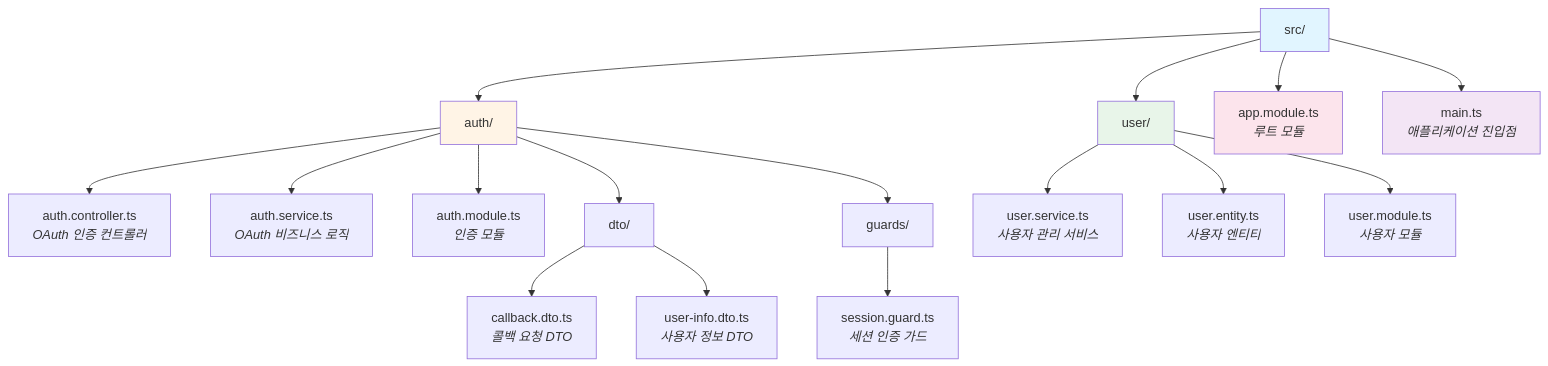
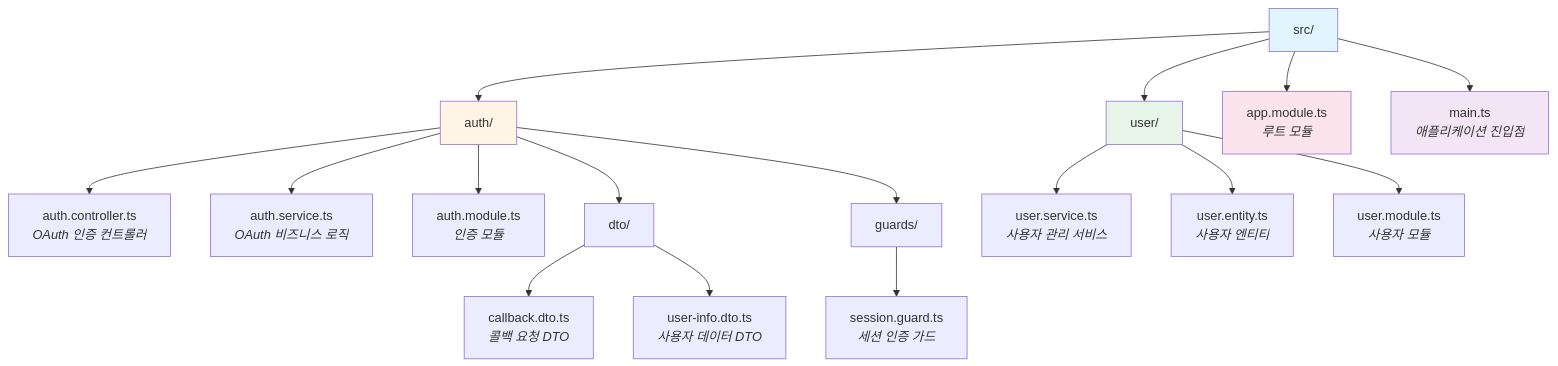
The third of 3 diagrams in apps/docs/src/app/oauth/examples/vanilla-nestjs/page.mdx (themoment-team/datagsm-front), drawn with Mermaid before and after one commit. The commit also changed other lines of this file and 31 other files, not shown here.

````diff
--- a/apps/docs/src/app/oauth/examples/vanilla-nestjs/page.mdx
+++ b/apps/docs/src/app/oauth/examples/vanilla-nestjs/page.mdx
@@ -774,28 +774,28 @@
 ```mermaid
 graph TD
     A[src/] --> B[auth/]
     A --> C[user/]
     A --> D[app.module.ts<br/><i>루트 모듈</i>]
     A --> E[main.ts<br/><i>애플리케이션 진입점</i>]
 
     B --> B1[auth.controller.ts<br/><i>OAuth 인증 컨트롤러</i>]
     B --> B2[auth.service.ts<br/><i>OAuth 비즈니스 로직</i>]
     B --> B3[auth.module.ts<br/><i>인증 모듈</i>]
     B --> B4[dto/]
     B --> B5[guards/]
 
     B4 --> B4A[callback.dto.ts<br/><i>콜백 요청 DTO</i>]
-    B4 --> B4B[user-info.dto.ts<br/><i>사용자 정보 DTO</i>]
+    B4 --> B4B[user-info.dto.ts<br/><i>사용자 데이터 DTO</i>]
 
     B5 --> B5A[session.guard.ts<br/><i>세션 인증 가드</i>]
 
     C --> C1[user.service.ts<br/><i>사용자 관리 서비스</i>]
     C --> C2[user.entity.ts<br/><i>사용자 엔티티</i>]
     C --> C3[user.module.ts<br/><i>사용자 모듈</i>]
 
     style A fill:#e1f5ff
     style B fill:#fff4e6
     style C fill:#e8f5e9
     style D fill:#fce4ec
     style E fill:#f3e5f5
 ```
````
